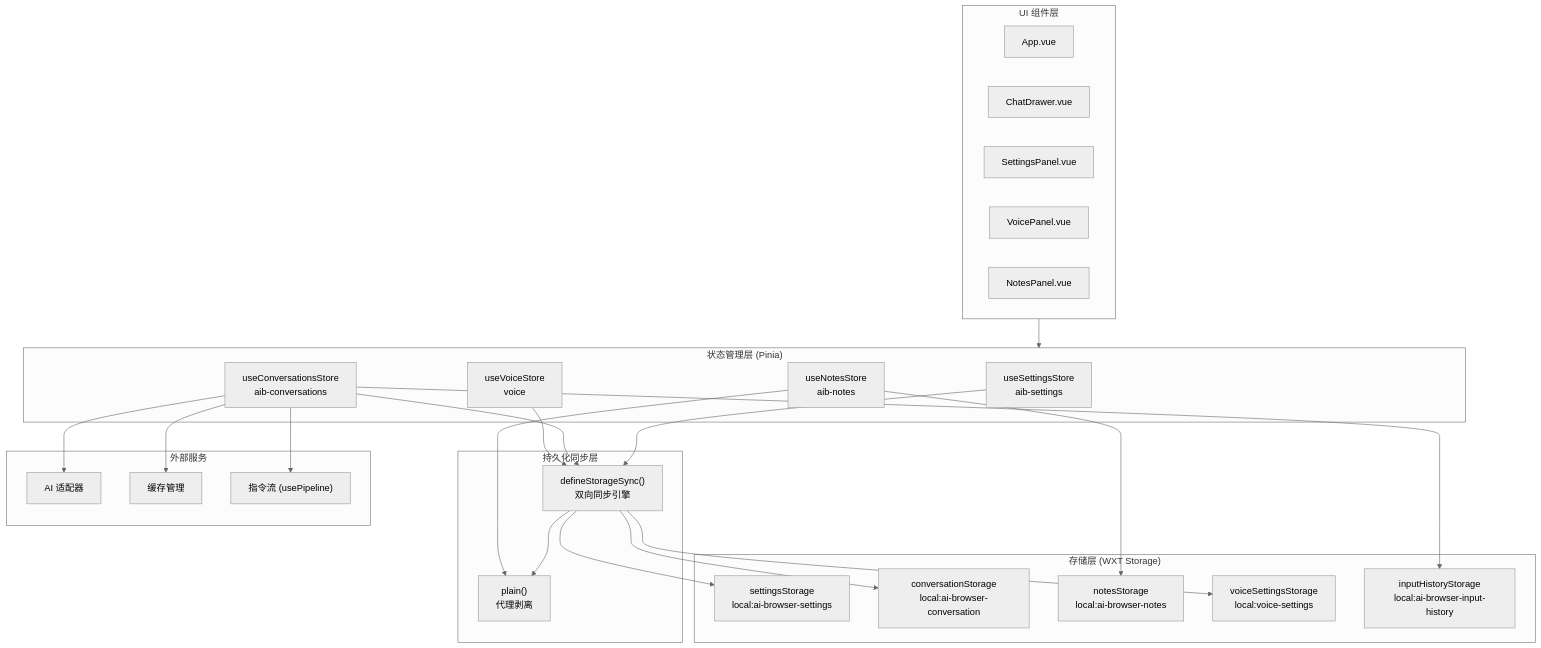
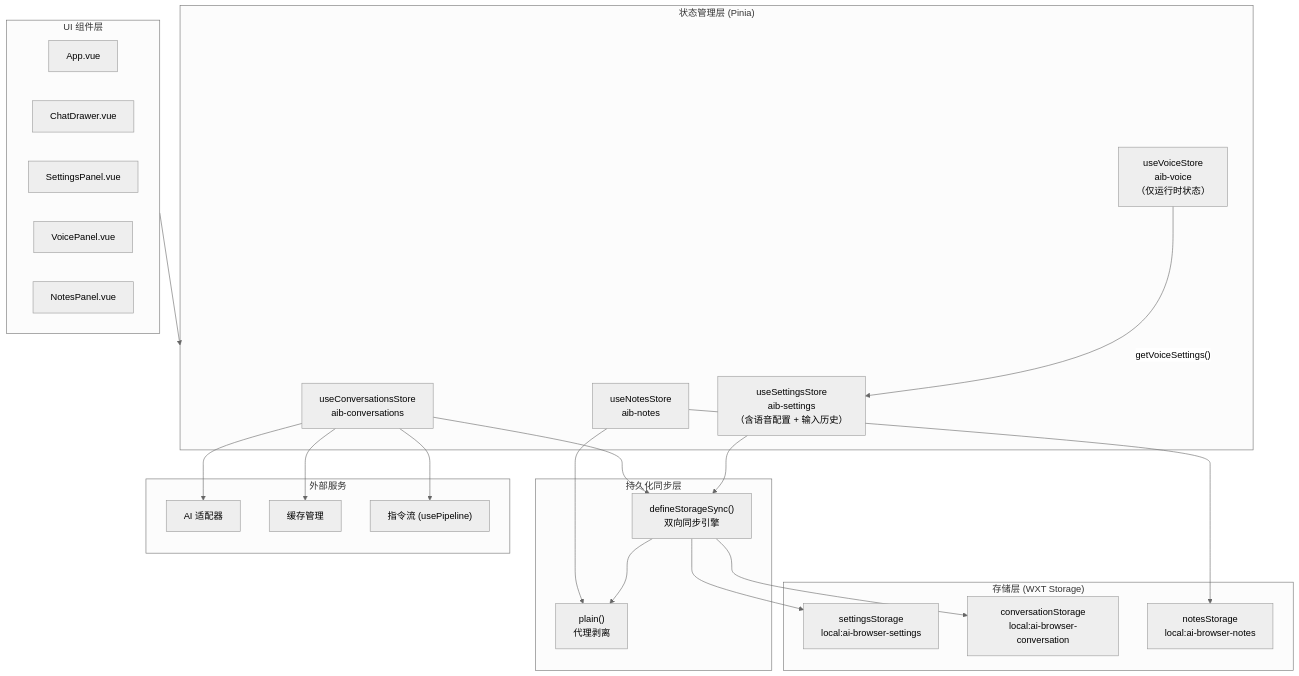
One commit to zw123zw/ai-browser changed the first of 10 diagrams in docs/architecture/state-management.md. Above: the diagram before and after it, drawn with Mermaid (neutral theme). The commit also changed other lines of this file and 13 other files, not shown here.

````diff
--- a/docs/architecture/state-management.md
+++ b/docs/architecture/state-management.md
@@ -38,51 +41,47 @@
 ```mermaid
 graph TB
     subgraph UI["UI 组件层"]
         App[App.vue]
         Chat[ChatDrawer.vue]
         Settings[SettingsPanel.vue]
         Voice[VoicePanel.vue]
         Notes[NotesPanel.vue]
     end
 
     subgraph Stores["状态管理层 (Pinia)"]
-        SS["useSettingsStore<br/>aib-settings"]
+        SS["useSettingsStore<br/>aib-settings<br/>（含语音配置 + 输入历史）"]
         CS["useConversationsStore<br/>aib-conversations"]
         NS["useNotesStore<br/>aib-notes"]
-        VS["useVoiceStore<br/>voice"]
+        VS["useVoiceStore<br/>aib-voice<br/>（仅运行时状态）"]
     end
 
     subgraph Sync["持久化同步层"]
         DSS["defineStorageSync()<br/>双向同步引擎"]
         PL["plain()<br/>代理剥离"]
     end
 
     subgraph Storage["存储层 (WXT Storage)"]
         STG_S["settingsStorage<br/>local:ai-browser-settings"]
         STG_C["conversationStorage<br/>local:ai-browser-conversation"]
         STG_N["notesStorage<br/>local:ai-browser-notes"]
-        STG_V["voiceSettingsStorage<br/>local:voice-settings"]
-        STG_IH["inputHistoryStorage<br/>local:ai-browser-input-history"]
     end
 
     subgraph External["外部服务"]
         Adapter["AI 适配器"]
         Cache["缓存管理"]
         Pipeline["指令流 (usePipeline)"]
     end
 
     UI --> Stores
     SS --> DSS
     CS --> DSS
-    VS --> DSS
     DSS --> PL
     DSS --> STG_S
     DSS --> STG_C
-    DSS --> STG_V
     NS --> PL
     NS --> STG_N
     CS --> Adapter
     CS --> Cache
     CS --> Pipeline
-    CS --> STG_IH
+    VS -->|"getVoiceSettings()"| SS
 ```
````
